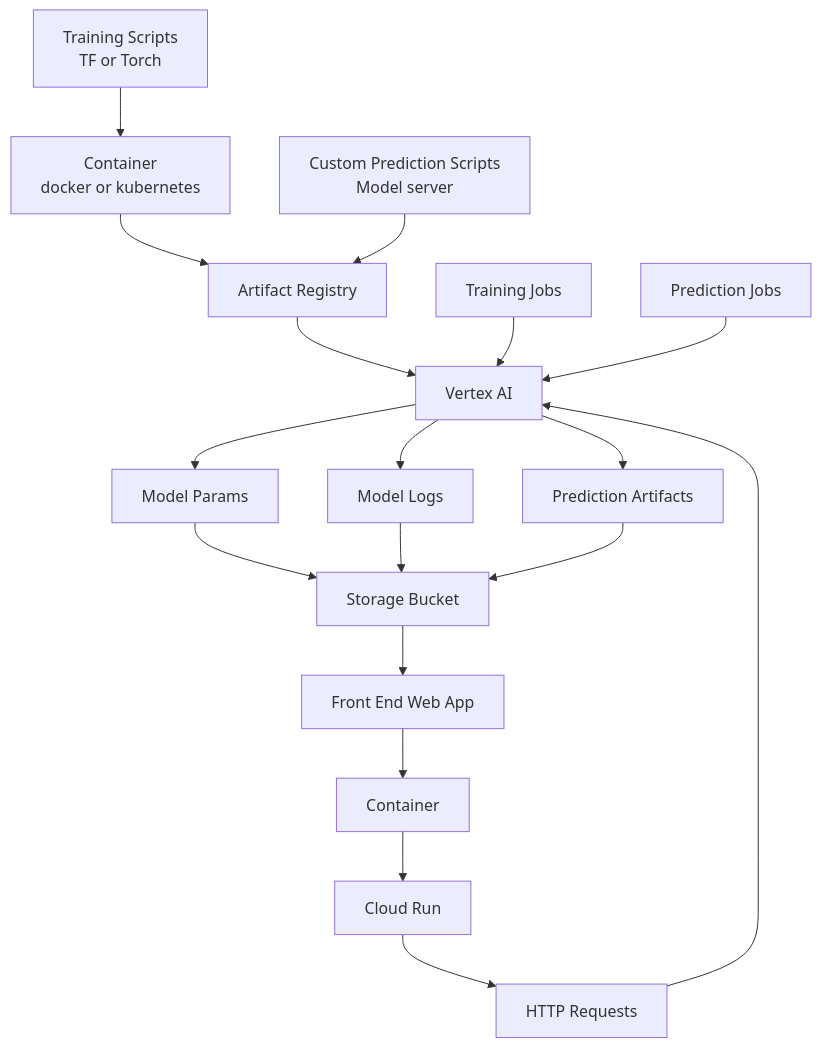
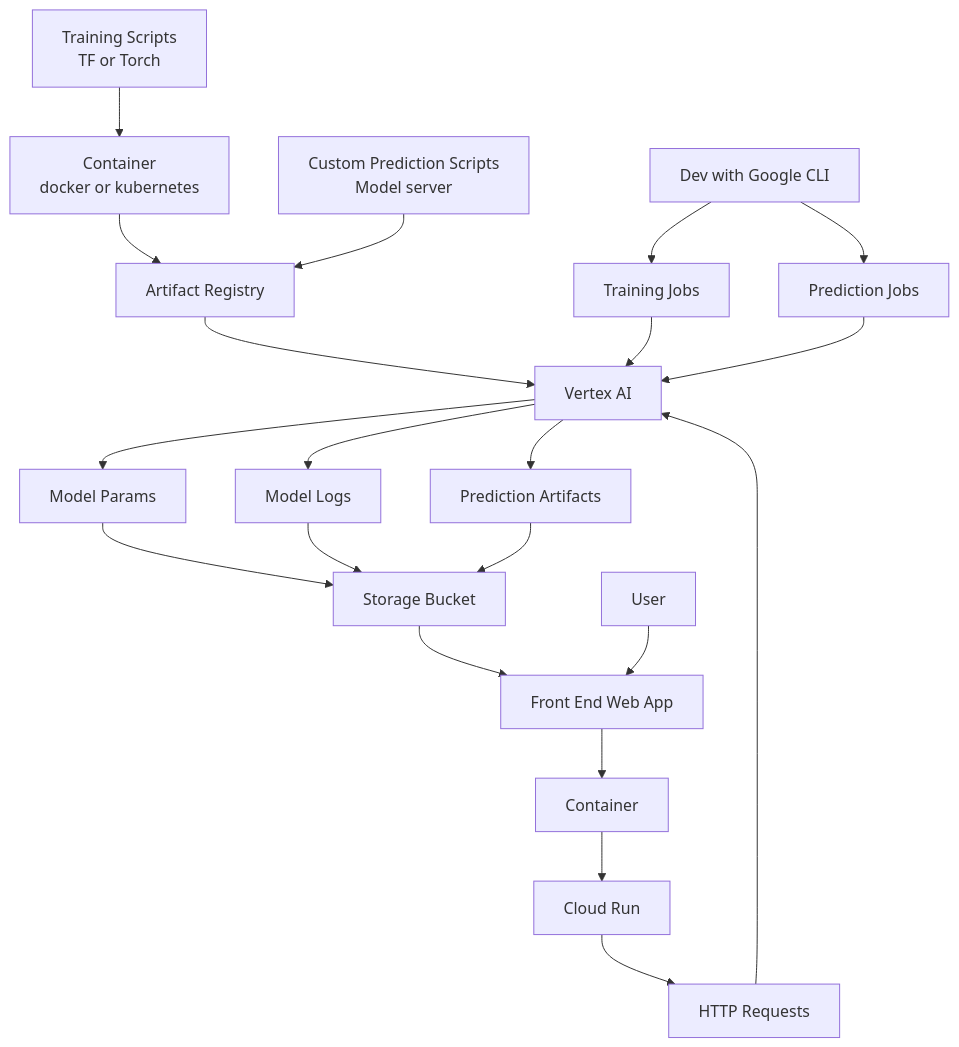
Before and after one commit to nuEGil/NotesOnTextTasks: the diagram in ReadMe.md, drawn with Mermaid.

````diff
--- a/ReadMe.md
+++ b/ReadMe.md
@@ -41,21 +41,23 @@
 ```mermaid
 graph TD;
     A[Training Scripts<br/>TF or Torch<br/>]-->B[Container<br/>docker or kubernetes];
     B-->C[Artifact Registry];
     D[Custom Prediction Scripts<br/>Model server<br/>]-->C;
     C-->E[Vertex AI];
     F[Training Jobs]-->E;
     G[Prediction Jobs]-->E;
     E-->H[Model Params] & I[Model Logs] & J[Prediction Artifacts];
     H & I & J -->K[Storage Bucket];
     L[Front End Web App]-->M[Container];
     M-->N[Cloud Run];
     N-->O[HTTP Requests];
     O-->E;
     K-->L;
+    P[User]-->L;
+    Q[Dev with Google CLI]-->F & G;
 
 
     
 
     
 ```
````
